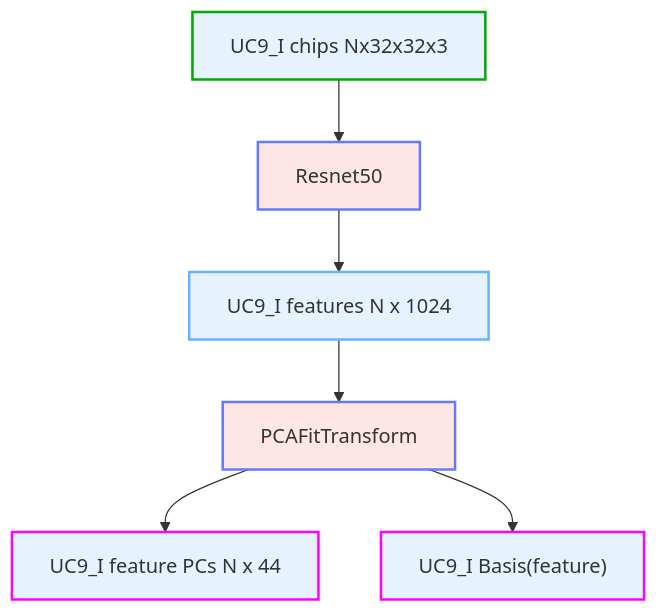
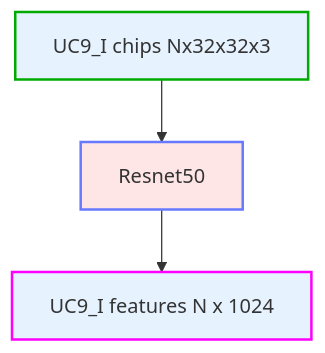
The diagram in mermaid/UC9_I_patches_to_features.mmd (catskillsresearch/broad-3-catskills), drawn with Mermaid before and after one commit. The commit also changed 6 other files, not shown here.

```diff
--- a/mermaid/UC9_I_patches_to_features.mmd
+++ b/mermaid/UC9_I_patches_to_features.mmd
@@ -1,14 +1,11 @@
 %%{init: {'themeVariables': {'nodeTextColor':'#000'}}}%%
 flowchart TD
     classDef data fill:#e6f3ff,stroke:#66b3ff,stroke-width:2px
     classDef op fill:#ffe6e6,stroke:#667aff,stroke-width:2px,shape:round-rect
     classDef inputData fill:#e6f3ff,stroke:#00AA00,stroke-width:2px
     classDef outputData fill:#e6f3ff,stroke:#FF00FF,stroke-width:2px
     classDef outputMetric fill:#e6f3ff,stroke:#FFFF00,stroke-width:2px
 
     data2["UC9_I chips Nx32x32x3"]:::inputData
     data2 --> op2["Resnet50"]:::op
-    op2 --> data3["UC9_I features N x 1024"]:::data
-    data3 --> op3["PCAFitTransform"]:::op
-    op3 --> data4["UC9_I feature PCs N x 44"]:::outputData
-    op3 --> data5["UC9_I Basis(feature)"]:::outputData
+    op2 --> data3["UC9_I features N x 1024"]:::outputData
```
